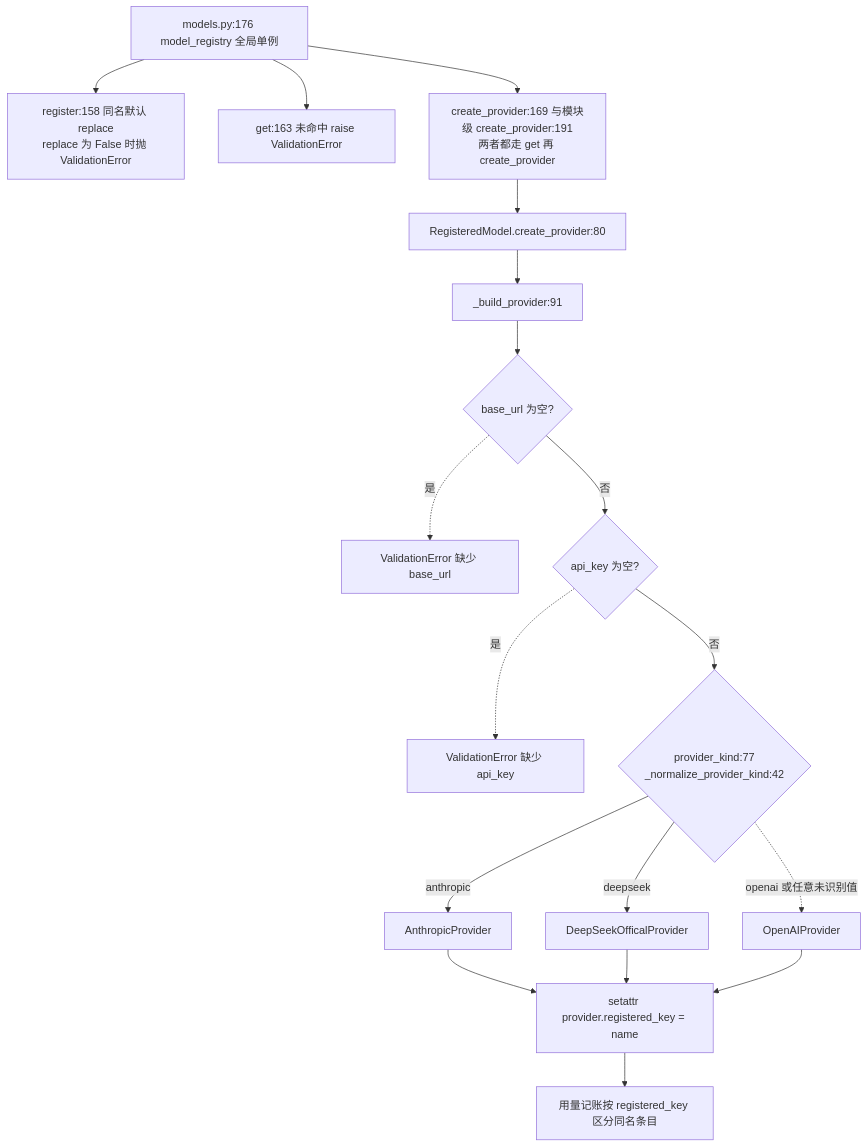
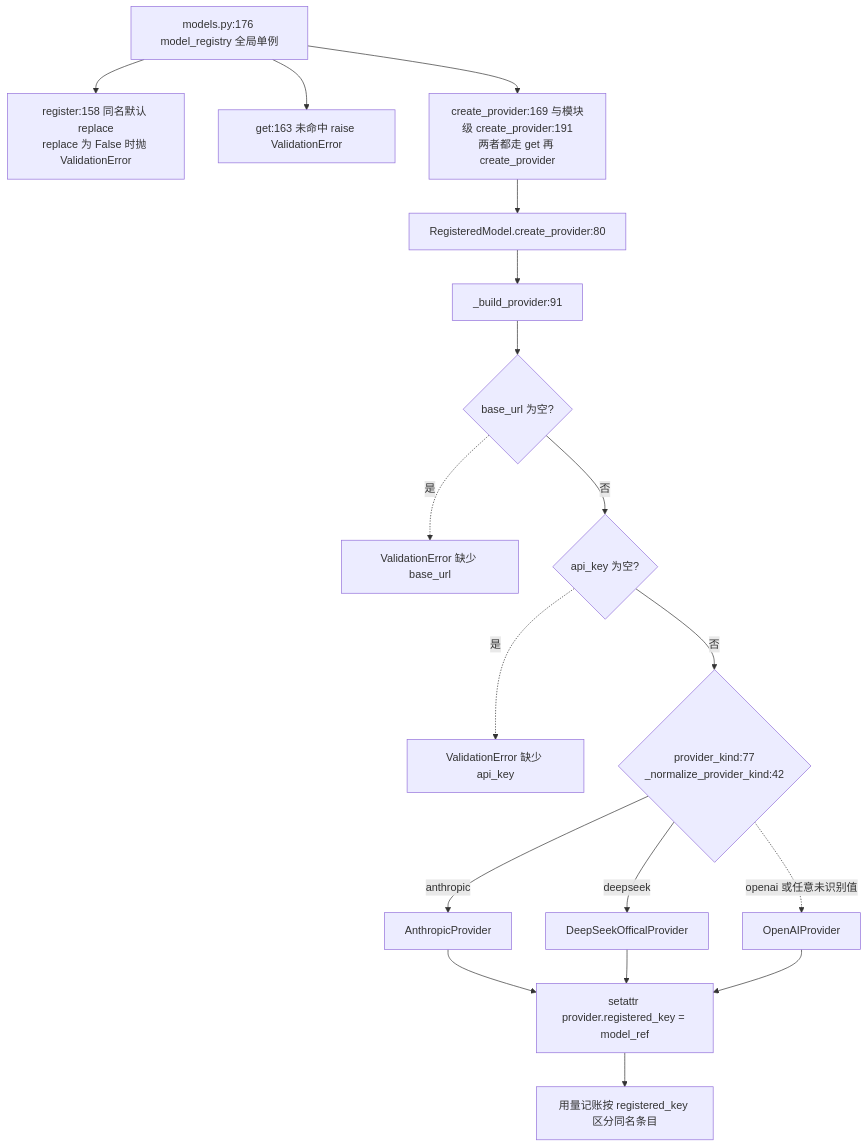
The third of 11 diagrams in docs/flow/05b-provider-native-vision.md (SuperQuail/NeoBot), drawn with Mermaid before and after one commit. The commit also changed other lines of this file and 52 other files, not shown here.

````diff
--- a/docs/flow/05b-provider-native-vision.md
+++ b/docs/flow/05b-provider-native-vision.md
@@ -127,20 +127,20 @@
 ```mermaid
 flowchart TD
     A["models.py:176 model_registry 全局单例"] --> B["register:158 同名默认 replace<br/>replace 为 False 时抛 ValidationError"]
     A --> C["get:163 未命中 raise ValidationError"]
     A --> D["create_provider:169 与模块级 create_provider:191<br/>两者都走 get 再 create_provider"]
     D --> E["RegisteredModel.create_provider:80"]
     E --> F["_build_provider:91"]
     F --> G{"base_url 为空?"}
     G -.->|"是"| G1["ValidationError 缺少 base_url"]
     G -- "否" --> H{"api_key 为空?"}
     H -.->|"是"| H1["ValidationError 缺少 api_key"]
     H -- "否" --> I{"provider_kind:77<br/>_normalize_provider_kind:42"}
     I -- "anthropic" --> I1["AnthropicProvider"]
     I -- "deepseek" --> I2["DeepSeekOfficalProvider"]
     I -.->|"openai 或任意未识别值"| I3["OpenAIProvider"]
-    I1 --> J["setattr provider.registered_key = name"]
+    I1 --> J["setattr provider.registered_key = model_ref"]
     I2 --> J
     I3 --> J
     J --> K["用量记账按 registered_key 区分同名条目"]
 ```
````
